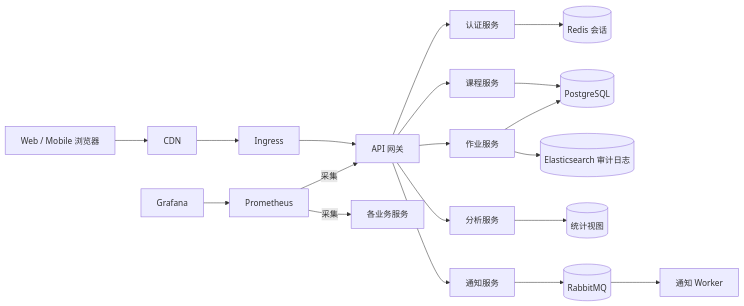
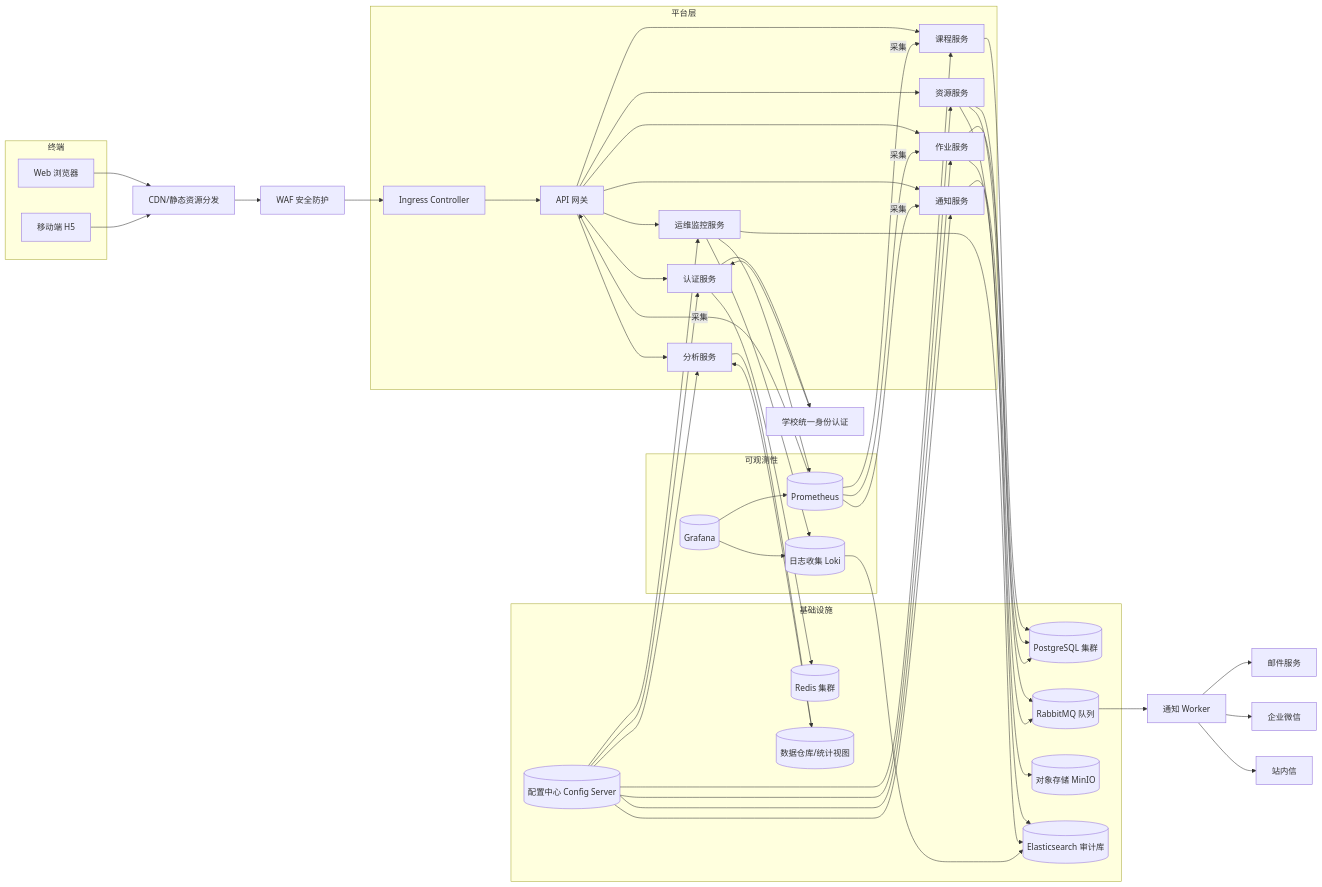
The diagram in docs/mermaid/architecture.mmd (luckyJessie/douyin-game), drawn with Mermaid before and after one commit. The commit also changed 17 other files, not shown here.

Commit message:
Refactor: Update architecture and sequence diagrams

```diff
--- a/docs/mermaid/architecture.mmd
+++ b/docs/mermaid/architecture.mmd
@@ -1,18 +1,67 @@
 graph LR
-    Browser[Web / Mobile 浏览器] --> CDN --> Ingress
-    Ingress --> Gateway[API 网关]
-    Gateway --> AuthSvc[认证服务]
-    Gateway --> CourseSvc[课程服务]
-    Gateway --> AssignmentSvc[作业服务]
-    Gateway --> AnalyticsSvc[分析服务]
-    Gateway --> NotificationSvc[通知服务]
-    AuthSvc --> Redis[(Redis 会话)]
-    CourseSvc --> Postgres[(PostgreSQL)]
+    subgraph Client[终端]
+        Browser[Web 浏览器]
+        Mobile[移动端 H5]
+    end
+
+    Browser & Mobile --> CDN[CDN/静态资源分发]
+    CDN --> WAF[WAF 安全防护]
+    WAF --> Ingress[Ingress Controller]
+
+    subgraph Platform[平台层]
+        Ingress --> Gateway[API 网关]
+        Gateway --> AuthSvc[认证服务]
+        Gateway --> CourseSvc[课程服务]
+        Gateway --> AssignmentSvc[作业服务]
+        Gateway --> ResourceSvc[资源服务]
+        Gateway --> AnalyticsSvc[分析服务]
+        Gateway --> NotificationSvc[通知服务]
+        Gateway --> OpsSvc[运维监控服务]
+    end
+
+    subgraph Infra[基础设施]
+        Postgres[(PostgreSQL 集群)]
+        Redis[(Redis 集群)]
+        MQ[(RabbitMQ 队列)]
+        ObjStore[(对象存储 MinIO)]
+        ES[(Elasticsearch 审计库)]
+        DW[(数据仓库/统计视图)]
+        Config[(配置中心 Config Server)]
+    end
+
+    AuthSvc --> Redis
+    AuthSvc --> SSO[学校统一身份认证]
+    SSO --> AuthSvc
+    CourseSvc --> Postgres
     AssignmentSvc --> Postgres
-    AnalyticsSvc --> DW[(统计视图)]
-    NotificationSvc --> MQ[(RabbitMQ)]
+    ResourceSvc --> ObjStore
+    ResourceSvc --> Postgres
+    ResourceSvc --> MQ
+    NotificationSvc --> MQ
     MQ --> NotificationWorker[通知 Worker]
-    AssignmentSvc --> ES[(Elasticsearch 审计日志)]
+    NotificationWorker --> Mail[邮件服务]
+    NotificationWorker --> WeCom[企业微信]
+    NotificationWorker --> Inbox[站内信]
+
+    AssignmentSvc --> ES
+    OpsSvc --> ES
+    AnalyticsSvc --> DW
+    DW --> AnalyticsSvc
+
+    Config --> AuthSvc & CourseSvc & AssignmentSvc & ResourceSvc & NotificationSvc & AnalyticsSvc & OpsSvc
+
+    subgraph Observability[可观测性]
+        Prometheus[(Prometheus)]
+        Loki[(日志收集 Loki)]
+        Grafana[(Grafana)]
+    end
+
     Prometheus -->|采集| Gateway
-    Prometheus -->|采集| Services[各业务服务]
+    Prometheus -->|采集| CourseSvc
+    Prometheus -->|采集| AssignmentSvc
+    Prometheus -->|采集| NotificationSvc
+    Loki --> ES
+    OpsSvc --> Prometheus
+    OpsSvc --> Loki
     Grafana --> Prometheus
+    Grafana --> Loki
```
